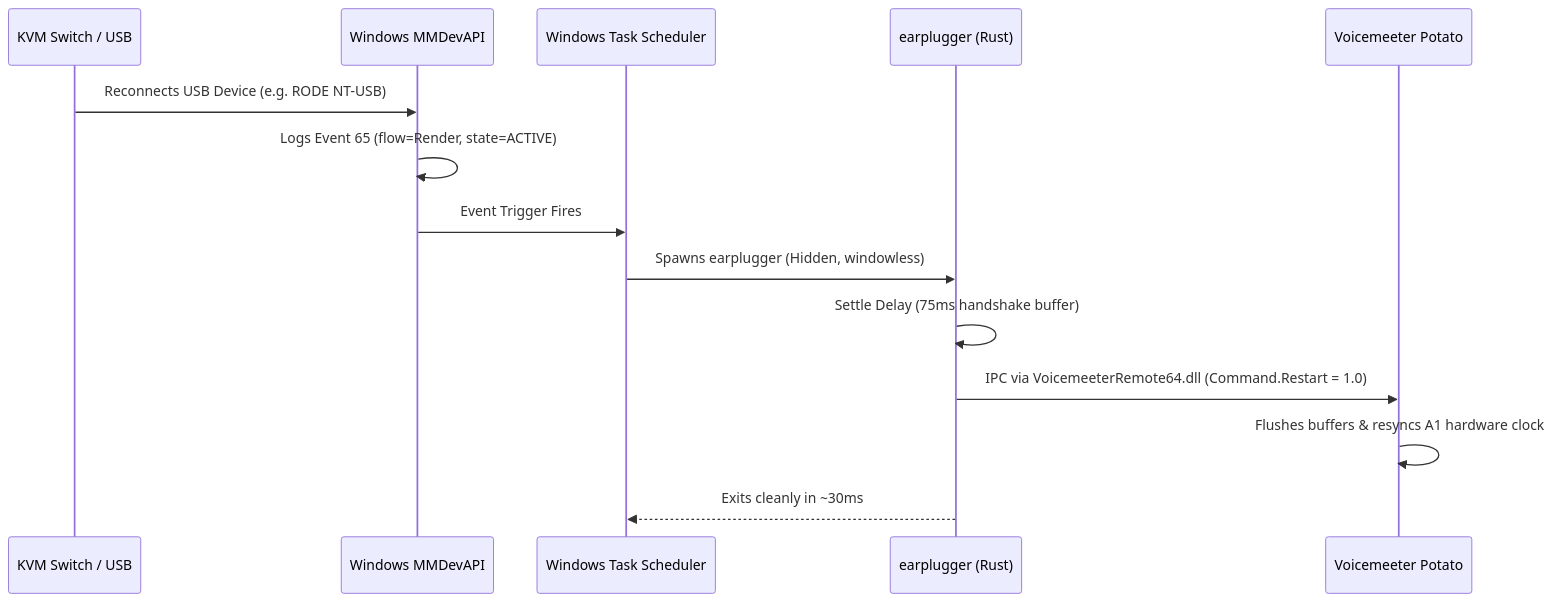
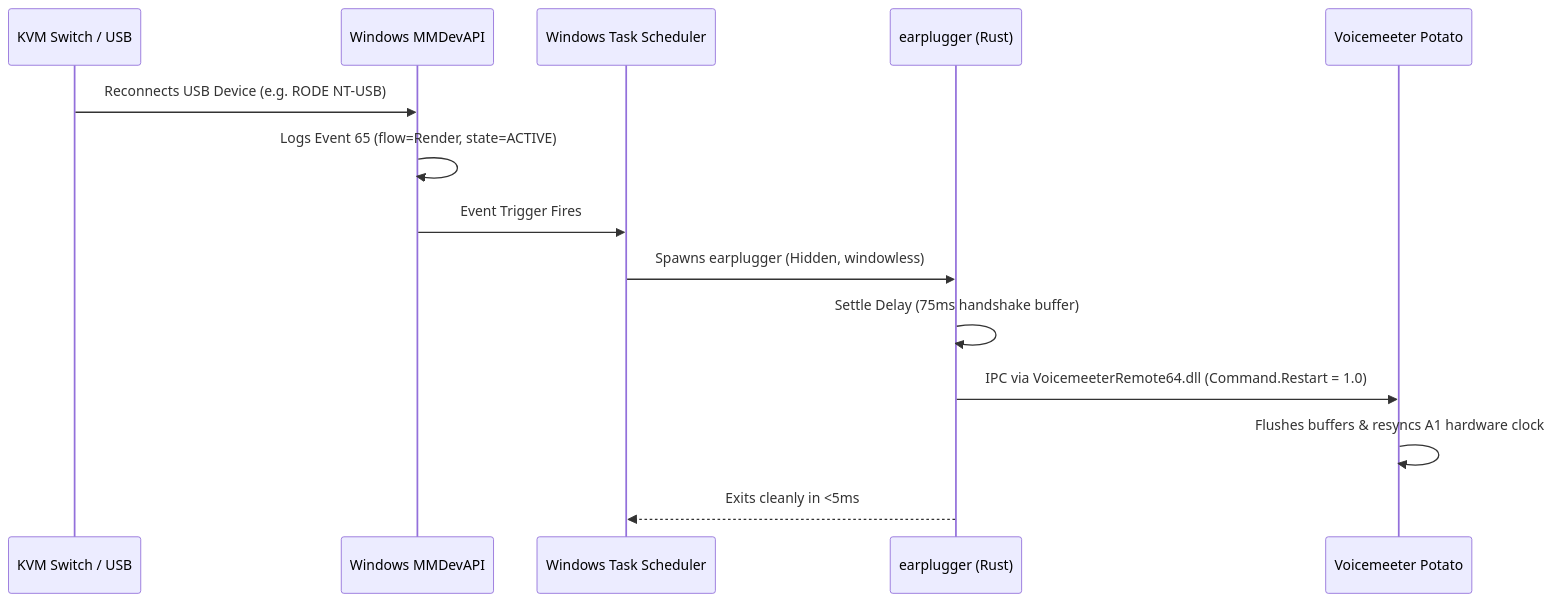
One commit to johnathangallagher/earplugger changed the diagram in README.md. Above: the diagram before and after it, drawn with Mermaid. The commit also changed other lines of this file and 1 other file, not shown here.

````diff
--- a/README.md
+++ b/README.md
@@ -39,17 +40,17 @@
 ```mermaid
 sequenceDiagram
     participant KVM as KVM Switch / USB
     participant Win as Windows MMDevAPI
     participant Task as Windows Task Scheduler
     participant EP as earplugger (Rust)
     participant VM as Voicemeeter Potato
 
     KVM->>Win: Reconnects USB Device (e.g. RODE NT-USB)
     Win->>Win: Logs Event 65 (flow=Render, state=ACTIVE)
     Win->>Task: Event Trigger Fires
     Task->>EP: Spawns earplugger (Hidden, windowless)
     EP->>EP: Settle Delay (75ms handshake buffer)
     EP->>VM: IPC via VoicemeeterRemote64.dll (Command.Restart = 1.0)
     VM->>VM: Flushes buffers & resyncs A1 hardware clock
-    EP-->>Task: Exits cleanly in ~30ms
+    EP-->>Task: Exits cleanly in <5ms
 ```
````
